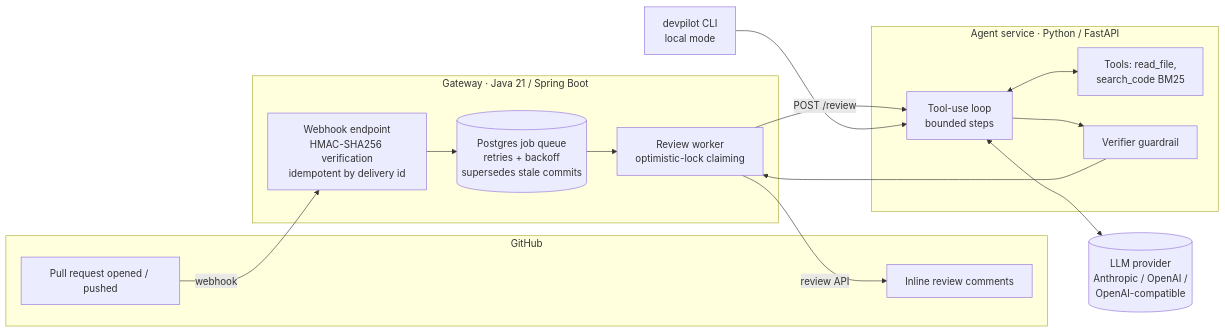
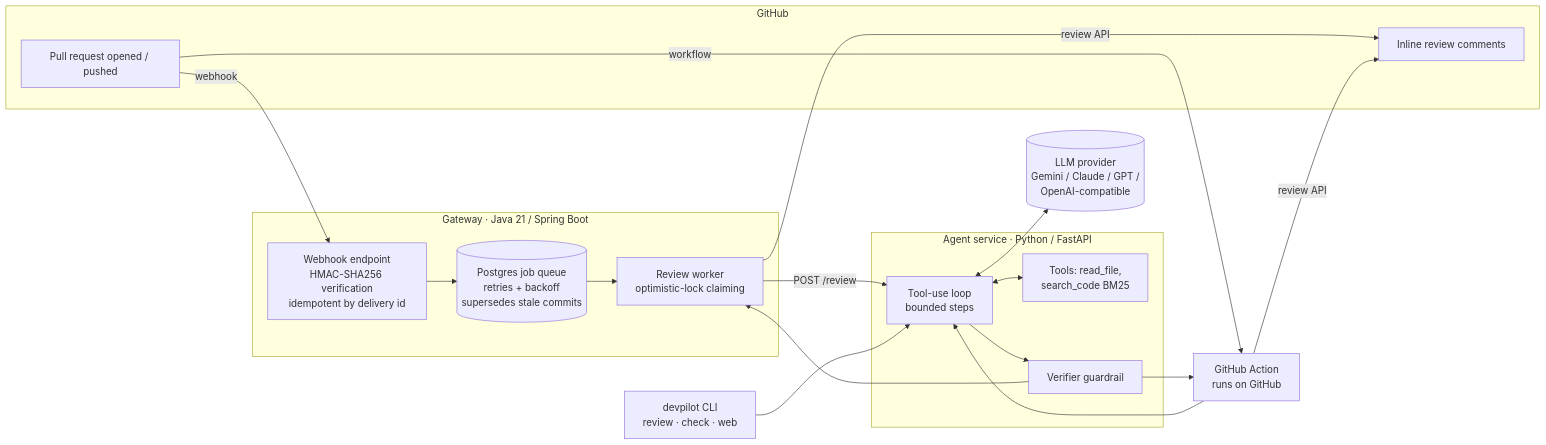
The diagram in README.md (yaswanth0702/devpilot-ai-code-reviewer), drawn with Mermaid before and after one commit. The commit also changed other lines of this file and 7 other files, not shown here.

Commit message:
README overhaul; faster Gemini defaults; clearer invalid-key error; DEVPILOT_PROVIDER as CLI default

````diff
--- a/README.md
+++ b/README.md
@@ -24,28 +36,31 @@
 ```mermaid
 flowchart LR
     subgraph GitHub
       PR[Pull request opened / pushed]
       RV[Inline review comments]
     end
 
     subgraph Gateway["Gateway · Java 21 / Spring Boot"]
       WH[Webhook endpoint<br/>HMAC-SHA256 verification<br/>idempotent by delivery id]
       Q[(Postgres job queue<br/>retries + backoff<br/>supersedes stale commits)]
       W[Review worker<br/>optimistic-lock claiming]
     end
 
     subgraph Agent["Agent service · Python / FastAPI"]
       L[Tool-use loop<br/>bounded steps]
       T[Tools: read_file,<br/>search_code BM25]
       V[Verifier guardrail]
     end
 
-    LLM[(LLM provider<br/>Anthropic / OpenAI /<br/>OpenAI-compatible)]
-    CLI[devpilot CLI<br/>local mode]
+    LLM[(LLM provider<br/>Gemini / Claude / GPT /<br/>OpenAI-compatible)]
+    CLI[devpilot CLI<br/>review · check · web]
+    GA[GitHub Action<br/>runs on GitHub]
 
     PR -- webhook --> WH --> Q --> W -- POST /review --> L
+    PR -- workflow --> GA --> L
     L <--> LLM
     L <--> T
     L --> V --> W -- review API --> RV
+    V --> GA -- review API --> RV
     CLI --> L
 ```
````
